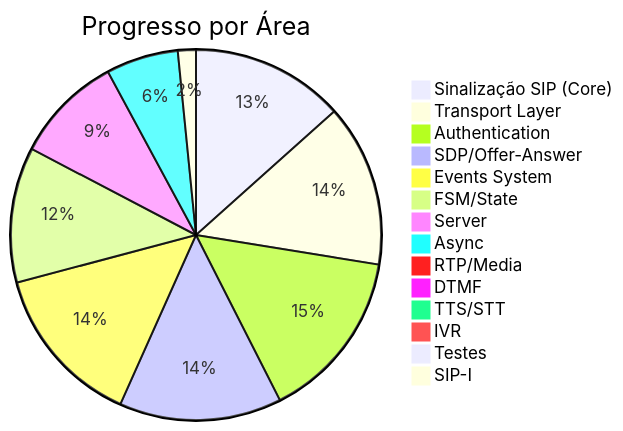
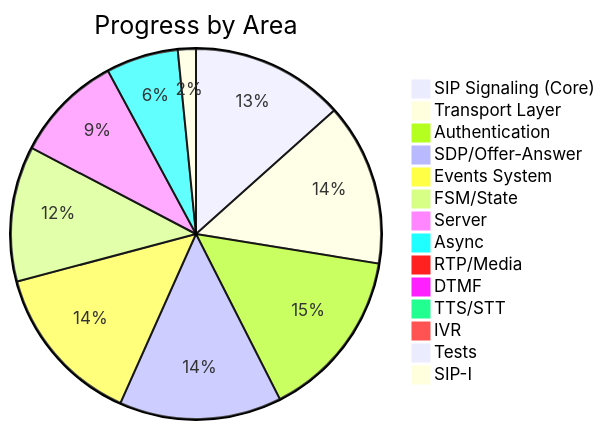
Diagram 12 of 16 in docs/SDD.md (oornnery/sipx), drawn with Mermaid before and after one commit. The commit also changed other lines of this file and 3 other files, not shown here.

````diff
--- a/docs/SDD.md
+++ b/docs/SDD.md
@@ -714,17 +716,17 @@
 ```mermaid
-pie title Progresso por Área
-    "Sinalização SIP (Core)" : 85
+pie title Progress by Area
+    "SIP Signaling (Core)" : 85
     "Transport Layer" : 90
     "Authentication" : 95
     "SDP/Offer-Answer" : 90
     "Events System" : 90
     "FSM/State" : 75
     "Server" : 60
     "Async" : 40
     "RTP/Media" : 0
     "DTMF" : 0
     "TTS/STT" : 0
     "IVR" : 0
-    "Testes" : 0
+    "Tests" : 0
     "SIP-I" : 10
 ```
````
